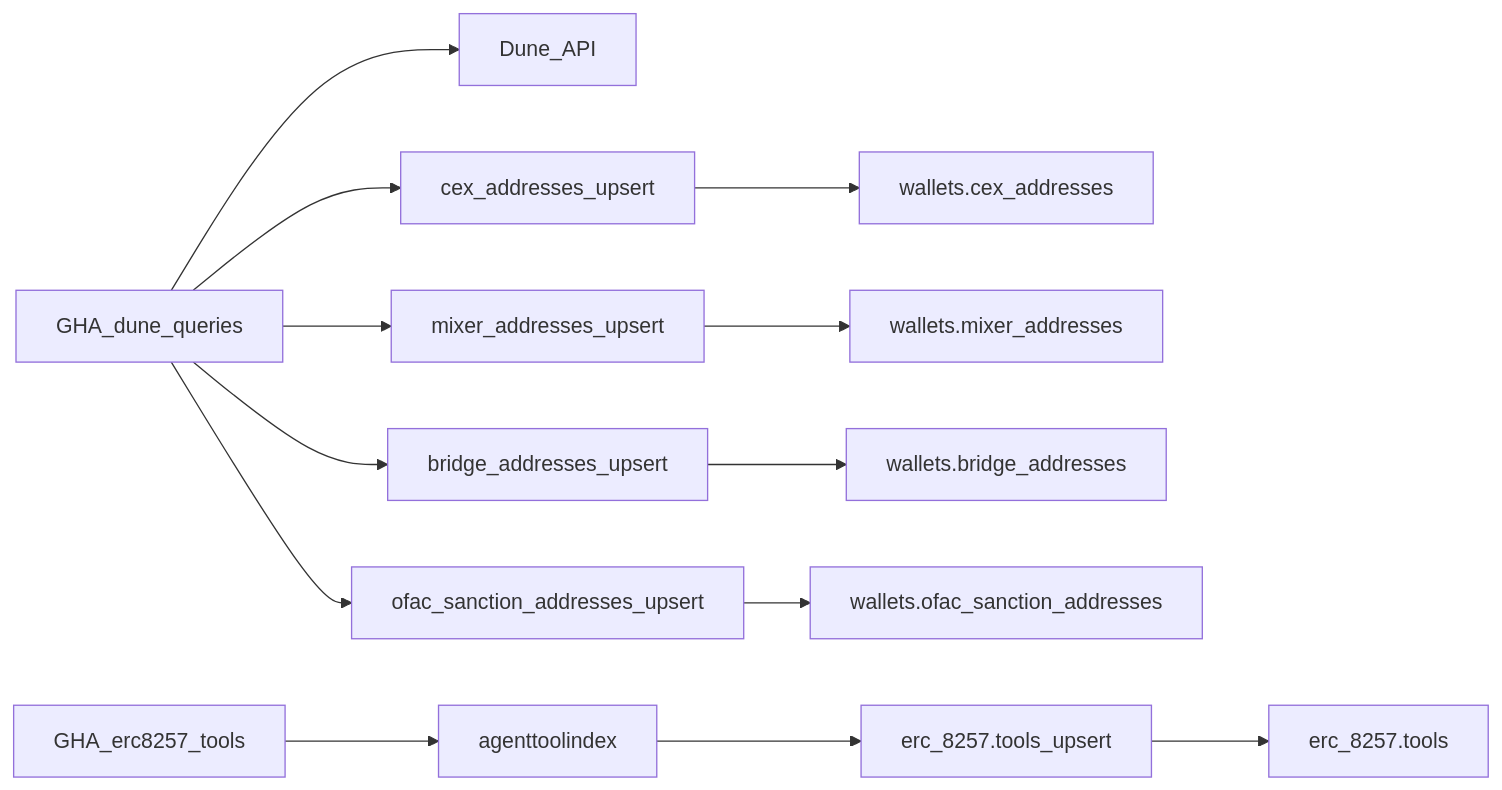
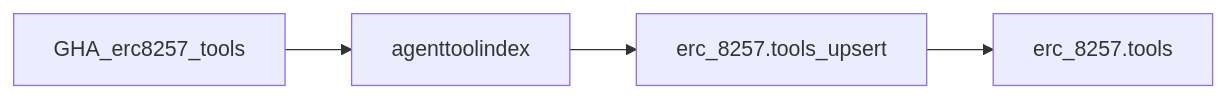
One commit to GlobalScoreAgent/gsa-workers changed the fourth of 5 diagrams in docs/ARCHITECTURE.md. Above: the diagram before and after it, drawn with Mermaid. The commit also changed other lines of this file and 14 other files, not shown here.

First line of the commit message:
Delete dune_queries_import after Walpulse label cutover.

````diff
--- a/docs/ARCHITECTURE.md
+++ b/docs/ARCHITECTURE.md
@@ -146,15 +141,6 @@
 ```mermaid
 flowchart LR
-  ghaDune[GHA_dune_queries] --> duneApi[Dune_API]
-  ghaDune --> upsertCex["cex_addresses_upsert"]
-  ghaDune --> upsertMix["mixer_addresses_upsert"]
-  ghaDune --> upsertBr["bridge_addresses_upsert"]
-  ghaDune --> upsertOfac["ofac_sanction_addresses_upsert"]
-  upsertCex --> cexTable[wallets.cex_addresses]
-  upsertMix --> mixTable[wallets.mixer_addresses]
-  upsertBr --> brTable[wallets.bridge_addresses]
-  upsertOfac --> ofacTable[wallets.ofac_sanction_addresses]
   gha8257[GHA_erc8257_tools] --> ati[agenttoolindex]
   ati --> upsert8257["erc_8257.tools_upsert"]
   upsert8257 --> tools8257[erc_8257.tools]
 ```
````
